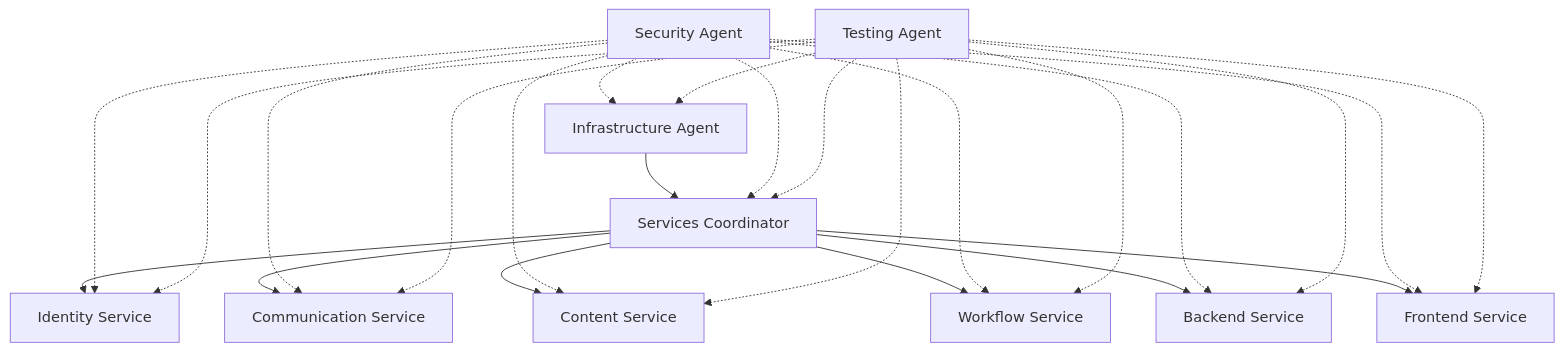
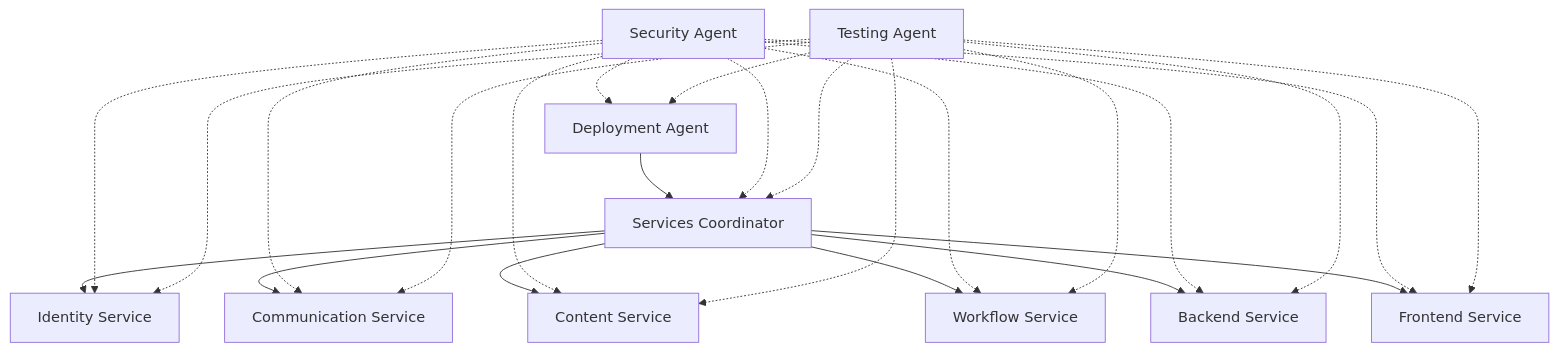
Before and after one commit to stef9github/ReactDjango-Hub: the diagram in CLAUDE.md, drawn with Mermaid. The commit also changed other lines of this file and 10 other files, not shown here.

First line of the commit message:
refactor: transform agent configurations from medical-specific to domain-agnostic architecture

````diff
--- a/CLAUDE.md
+++ b/CLAUDE.md
@@ -38,28 +38,28 @@
 ```mermaid
 graph TB
-    A[Infrastructure Agent] --> B[Services Coordinator]
+    A[Deployment Agent] --> B[Services Coordinator]
     B --> C[Identity Service]
     B --> D[Communication Service]
     B --> E[Content Service]  
     B --> F[Workflow Service]
     B --> G[Backend Service]
     B --> H[Frontend Service]
     
     I[Security Agent] -.-> A
     I -.-> B
     I -.-> C
     I -.-> D
     I -.-> E
     I -.-> F
     I -.-> G
     I -.-> H
     
     J[Testing Agent] -.-> A
     J -.-> B
     J -.-> C
     J -.-> D
     J -.-> E
     J -.-> F
     J -.-> G
     J -.-> H
 ```
````
